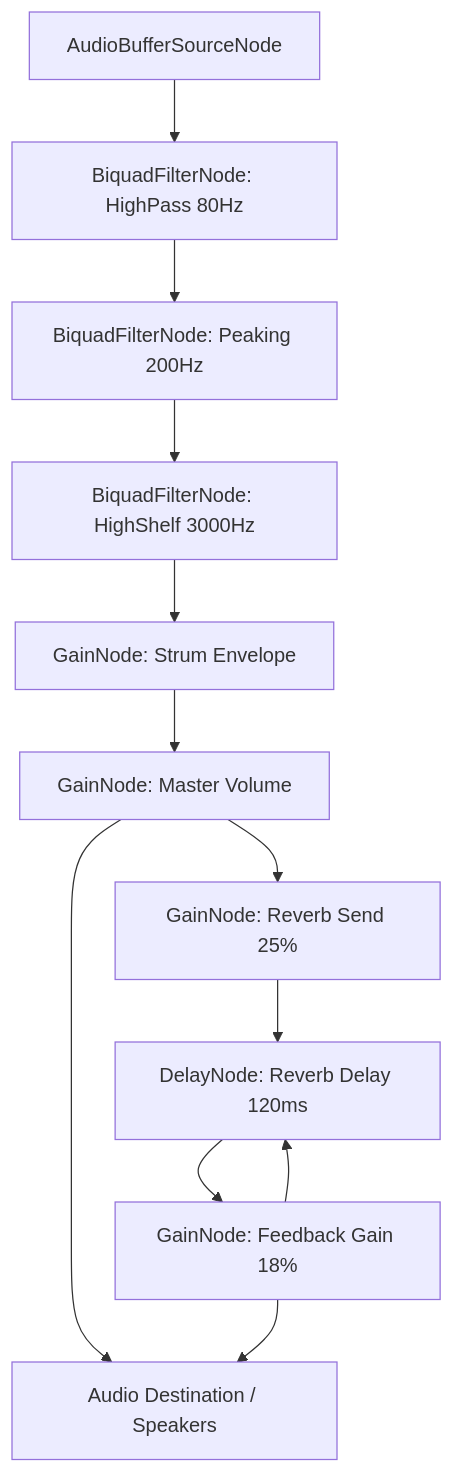
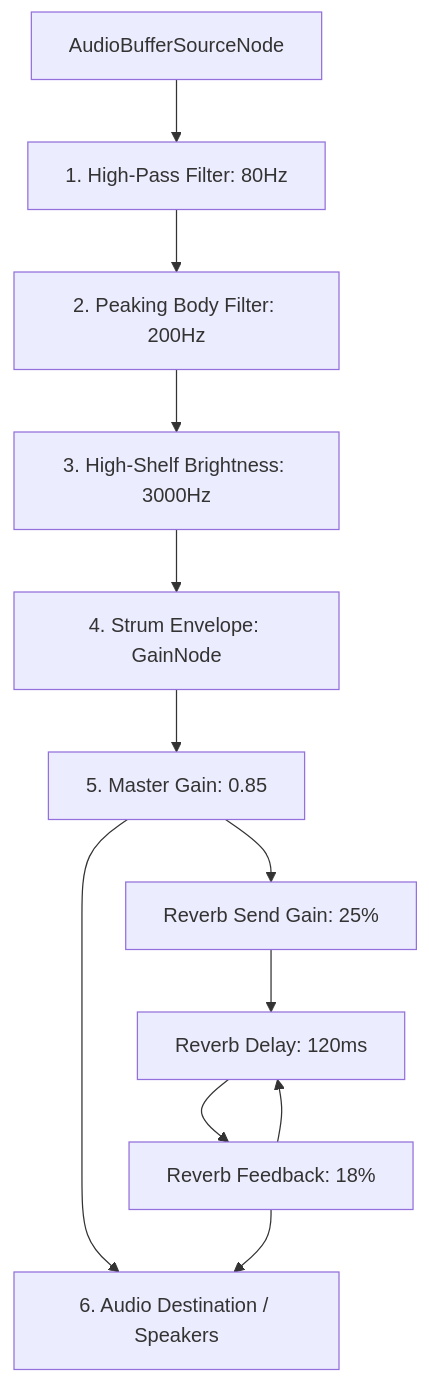
The second of 2 diagrams in docs/audio_synthesis.md (GaragaKarthikeya/acoustic-companion), drawn with Mermaid before and after one commit. The commit also changed other lines of this file and 5 other files, not shown here.

````diff
--- a/docs/audio_synthesis.md
+++ b/docs/audio_synthesis.md
@@ -43,16 +90,16 @@
 ```mermaid
 graph TD
-    Source[AudioBufferSourceNode] --> HiPass[BiquadFilterNode: HighPass 80Hz]
-    HiPass --> Body[BiquadFilterNode: Peaking 200Hz]
-    Body --> Bright[BiquadFilterNode: HighShelf 3000Hz]
-    Bright --> Env[GainNode: Strum Envelope]
-    Env --> Master[GainNode: Master Volume]
-    Master --> Destination[Audio Destination / Speakers]
+    Source[AudioBufferSourceNode] --> HiPass[1. High-Pass Filter: 80Hz]
+    HiPass --> Body[2. Peaking Body Filter: 200Hz]
+    Body --> Bright[3. High-Shelf Brightness: 3000Hz]
+    Bright --> Env[4. Strum Envelope: GainNode]
+    Env --> Master[5. Master Gain: 0.85]
+    Master --> Destination[6. Audio Destination / Speakers]
     
     %% Reverb Send Loop
-    Master --> RevSend[GainNode: Reverb Send 25%]
-    RevSend --> RevDelay[DelayNode: Reverb Delay 120ms]
-    RevDelay --> RevGain[GainNode: Feedback Gain 18%]
+    Master --> RevSend[Reverb Send Gain: 25%]
+    RevSend --> RevDelay[Reverb Delay: 120ms]
+    RevDelay --> RevGain[Reverb Feedback: 18%]
     RevGain --> RevDelay
     RevGain --> Destination
 ```
````
